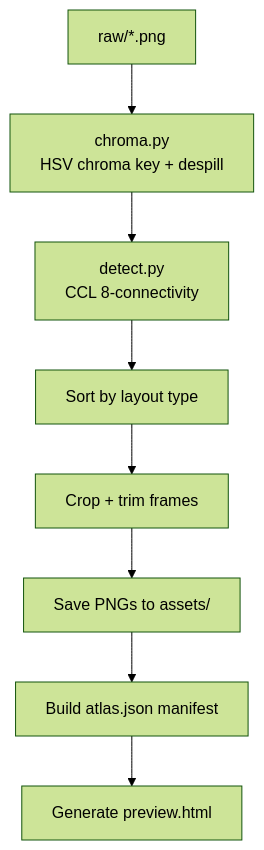
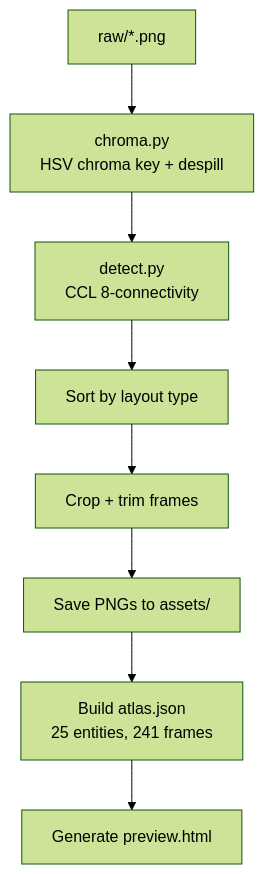
One commit to Andy00L/Earshot changed the sixth of 6 diagrams in README.md. Above: the diagram before and after it, drawn with Mermaid (forest theme). The commit also changed other lines of this file and 203 other files, not shown here.

````diff
--- a/README.md
+++ b/README.md
@@ -253,10 +326,10 @@
 ```mermaid
 flowchart TD
     RAW[raw/*.png] --> CHROMA[chroma.py<br>HSV chroma key + despill]
     CHROMA --> DETECT[detect.py<br>CCL 8-connectivity]
     DETECT --> SORT[Sort by layout type]
     SORT --> CROP[Crop + trim frames]
     CROP --> SAVE[Save PNGs to assets/]
-    SAVE --> ATLAS[Build atlas.json manifest]
+    SAVE --> ATLAS[Build atlas.json<br>25 entities, 241 frames]
     ATLAS --> PREVIEW[Generate preview.html]
 ```
````
